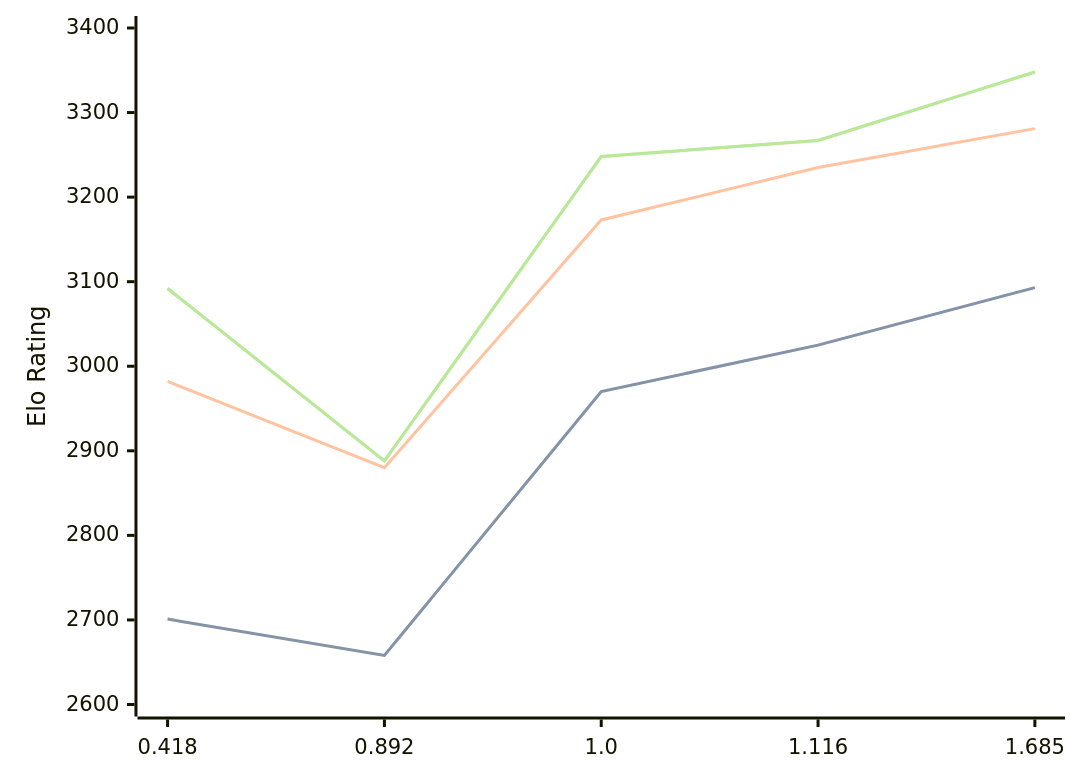
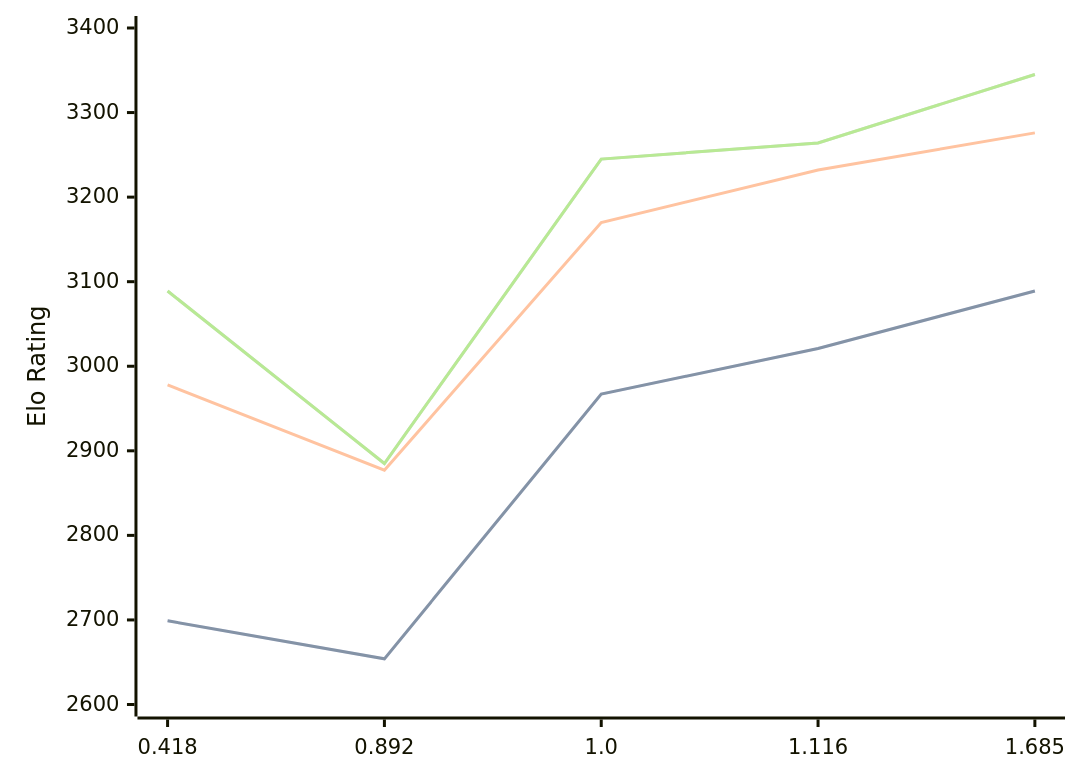
Before and after one commit to computer-chess-index/cci: the diagram in engines/Malika.md, drawn with Mermaid. The commit also changed other lines of this file, not shown here.

Commit message:
Update CCI Ratings (ELO VLTC) - 2026-08-12

````diff
--- a/engines/Malika.md
+++ b/engines/Malika.md
@@ -35,11 +35,11 @@
 ```mermaid
 %%{init: {"theme":"base","themeVariables":{"seriesColors:['#a3a3a3','#222221','#faa371']}}}%%
 xychart-beta
   x-axis ["0.418", "0.892", "1.0", "1.116", "1.685"]
   y-axis "Elo Rating" 2600 --> 3400
-  line "STC (8.0+0.08s)" [2701, 2658, 2970, 3025, 3093]
-  line "STC (8.0+0.08s)" [2701, 2658, 2970, 3025, 3093]
-  line "LTC (60.0+0.60s)" [2982, 2880, 3173, 3235, 3281]
-  line "VLTC (2m24s+1.12s)" [3092, 2888, 3248, 3267, 3348]
-  line "VLTC (2m24s+1.12s)" [3092, 2888, 3248, 3267, 3348]
+  line "STC (8.0+0.08s)" [2699, 2654, 2967, 3021, 3089]
+  line "STC (8.0+0.08s)" [2699, 2654, 2967, 3021, 3089]
+  line "LTC (60.0+0.60s)" [2978, 2877, 3170, 3232, 3276]
+  line "VLTC (2m24s+1.12s)" [3089, 2885, 3245, 3264, 3345]
+  line "VLTC (2m24s+1.12s)" [3089, 2885, 3245, 3264, 3345]
 ```
````
